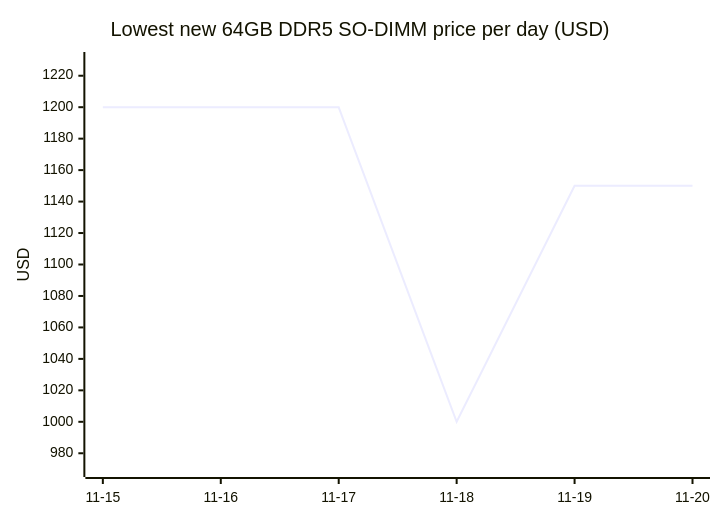
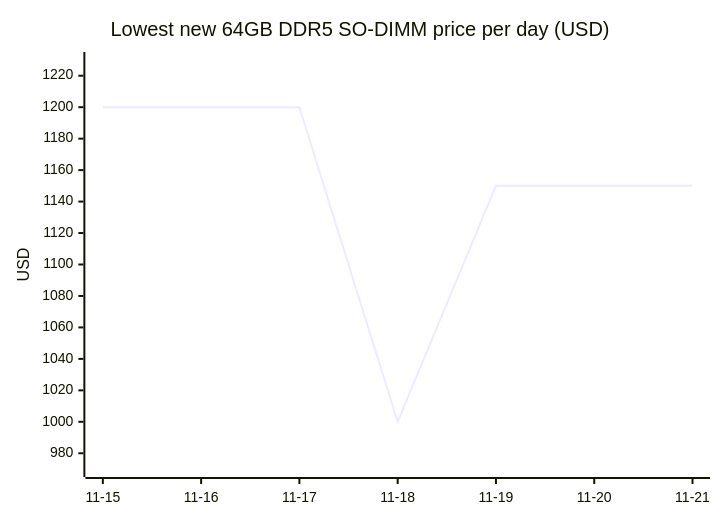
One commit to 7324136828/4tb_ssd_price_watch changed the third of 18 diagrams in README.md. Above: the diagram before and after it, drawn with Mermaid. The commit also changed other lines of this file, not shown here.

````diff
--- a/README.md
+++ b/README.md
@@ -660,7 +686,7 @@
 ```mermaid
 xychart-beta
     title "Lowest new 64GB DDR5 SO-DIMM price per day (USD)"
-    x-axis ["11-15", "11-16", "11-17", "11-18", "11-19", "11-20"]
+    x-axis ["11-15", "11-16", "11-17", "11-18", "11-19", "11-20", "11-21"]
     y-axis "USD" 970 --> 1230
-    line [1199.89, 1199.89, 1199.89, 1000.00, 1149.99, 1149.99]
+    line [1199.89, 1199.89, 1199.89, 1000.00, 1149.99, 1149.99, 1149.99]
 ```
````
